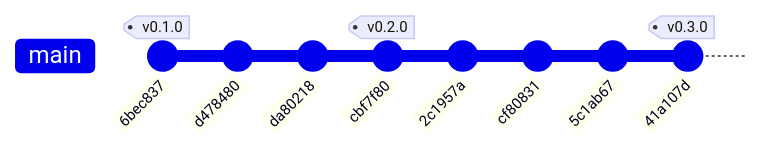
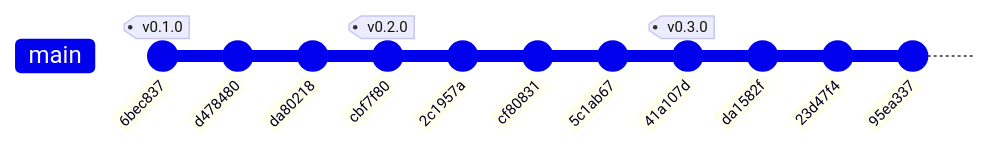
The diagram in docs/03-implementation/repo-history.md (jeremialcala/bcv-fx-ingestor), drawn with Mermaid before and after one commit. The commit also changed other lines of this file and 7 other files, not shown here.

````diff
--- a/docs/03-implementation/repo-history.md
+++ b/docs/03-implementation/repo-history.md
@@ -19,11 +19,14 @@
 ```mermaid
 gitGraph
     commit id: "6bec837" tag: "v0.1.0"
     commit id: "d478480"
     commit id: "da80218"
     commit id: "cbf7f80" tag: "v0.2.0"
     commit id: "2c1957a"
     commit id: "cf80831"
     commit id: "5c1ab67"
     commit id: "41a107d" tag: "v0.3.0"
+    commit id: "da1582f"
+    commit id: "23d47f4"
+    commit id: "95ea337"
 ```
````
